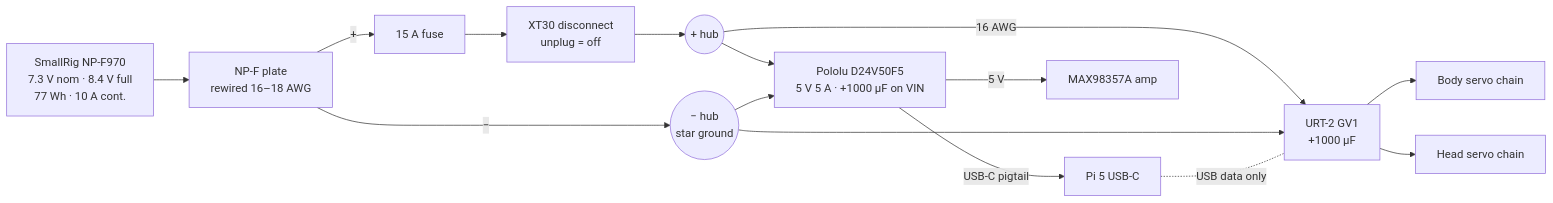
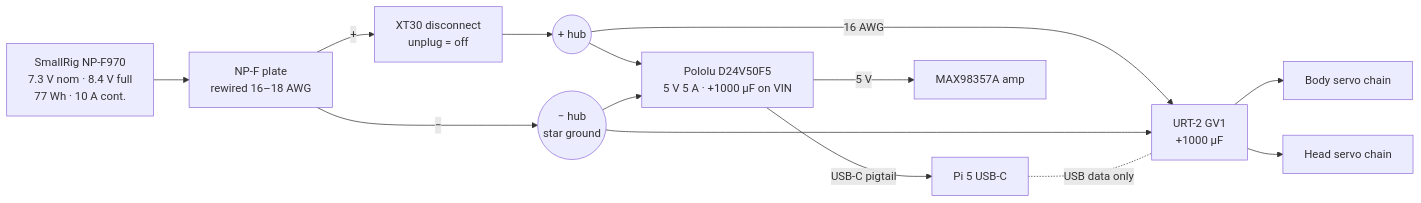
One commit to jameslemke10/microdog changed the diagram in docs/power.md. Above: the diagram before and after it, drawn with Mermaid. The commit also changed other lines of this file and 5 other files, not shown here.

````diff
--- a/docs/power.md
+++ b/docs/power.md
@@ -5,18 +5,18 @@
 ```mermaid
 flowchart LR
     BAT["SmallRig NP-F970<br/>7.3 V nom · 8.4 V full<br/>77 Wh · 10 A cont."] --> PLATE[NP-F plate<br/>rewired 16–18 AWG]
-    PLATE -- "+" --> FUSE[15 A fuse] --> SW[XT30 disconnect<br/>unplug = off] --> HUBP(("+ hub"))
+    PLATE -- "+" --> SW[XT30 disconnect<br/>unplug = off] --> HUBP(("+ hub"))
     PLATE -- "−" --> HUBN(("− hub<br/>star ground"))
 
     HUBP -- 16 AWG --> GV1["URT-2 GV1<br/>+1000 µF"]
     HUBN --> GV1
     GV1 --> CH1[Body servo chain]
     GV1 --> CH2[Head servo chain]
 
     HUBP --> REG["Pololu D24V50F5<br/>5 V 5 A · +1000 µF on VIN"]
     HUBN --> REG
     REG -- USB-C pigtail --> PI[Pi 5 USB-C]
     REG -- 5 V --> AMP[MAX98357A amp]
 
     PI -. USB data only .- GV1
 ```
````
